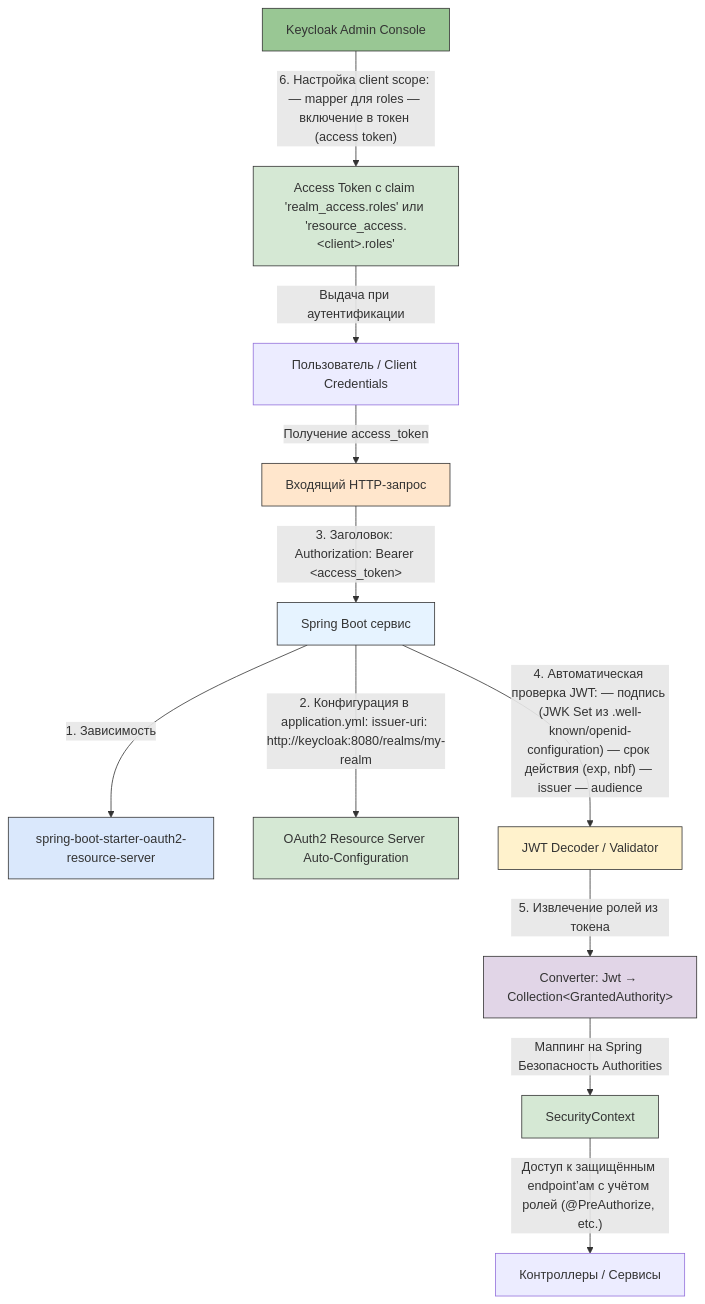
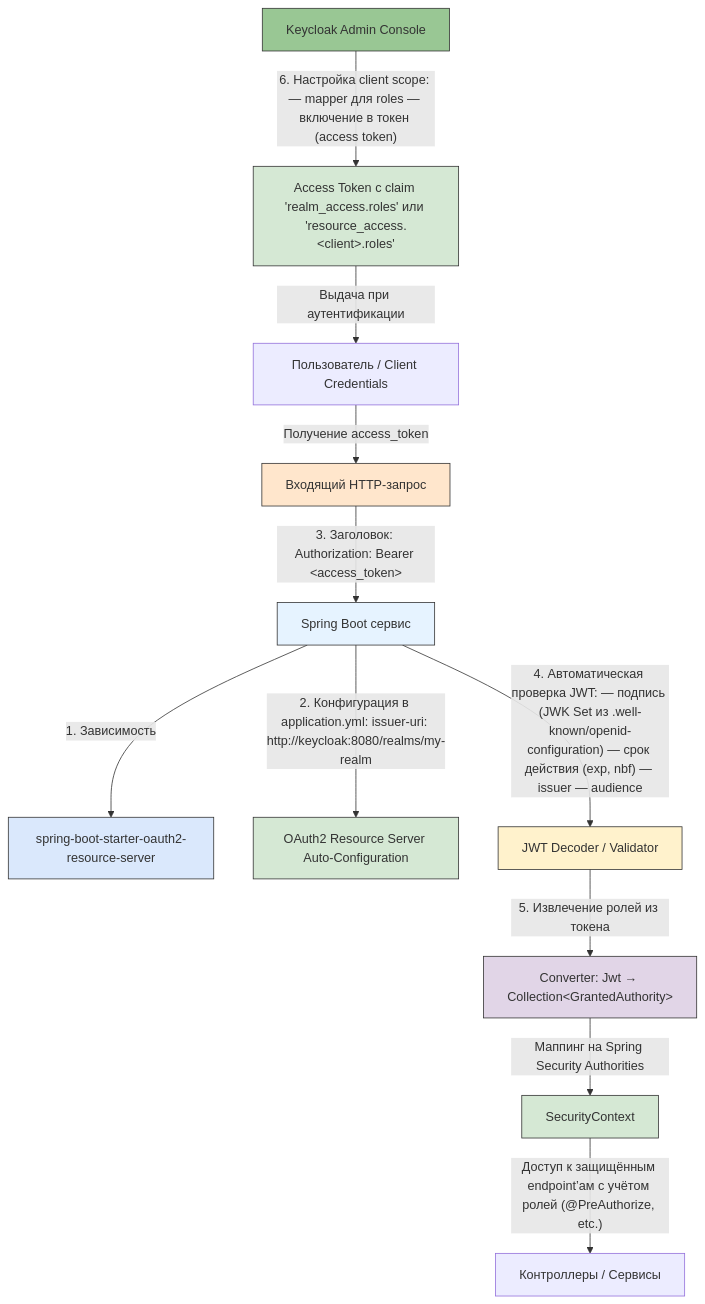
Before and after one commit to Spirzen/it-knowledge-base: the ninth of 12 diagrams in docs/encyclopedia/2-system-network/2-08-osnovy-informatsionnoy-bezopasnosti/111.md, drawn with Mermaid. The commit also changed other lines of this file and 653 other files, not shown here.

````diff
--- a/docs/encyclopedia/2-system-network/2-08-osnovy-informatsionnoy-bezopasnosti/111.md
+++ b/docs/encyclopedia/2-system-network/2-08-osnovy-informatsionnoy-bezopasnosti/111.md
@@ -518,27 +518,27 @@
 ```mermaid
 graph TD
     A[Spring Boot сервис] -->|1. Зависимость| B[spring-boot-starter-oauth2-resource-server]
     A -->|"2. Конфигурация в application.yml: issuer-uri: http://keycloak:8080/realms/my-realm"| C[OAuth2 Resource Server Auto-Configuration]
 
     D[Входящий HTTP-запрос] -->|3. Заголовок: Authorization: Bearer &lt;access_token&gt;| A
     A -->|"4. Автоматическая проверка JWT: — подпись (JWK Set из .well-known/openid-configuration) — срок действия (exp, nbf) — issuer — audience"| E[JWT Decoder / Validator]
 
     F[Keycloak Admin Console] -->|"6. Настройка client scope: — mapper для roles — включение в токен (access token)"| G[Access Token с claim 'realm_access.roles' или 'resource_access.&lt;client&gt;.roles']
 
     G -->|"Выдача при аутентификации"| H[Пользователь / Client Credentials]
     H -->|"Получение access_token"| D
 
     E -->|"5. Извлечение ролей из токена"| I[Converter: Jwt → Collection&lt;GrantedAuthority&gt;]
-    I -->|"Маппинг на Spring Безопасность Authorities"| J[SecurityContext]
+    I -->|"Маппинг на Spring Security Authorities"| J[SecurityContext]
     J -->|"Доступ к защищённым endpoint’ам с учётом ролей (@PreAuthorize, etc.)"| K[Контроллеры / Сервисы]
 
     style A fill:#e6f3ff,stroke:#333
     style B fill:#dae8fc,stroke:#333
     style C fill:#d5e8d4,stroke:#333
     style D fill:#ffe6cc,stroke:#333
     style E fill:#fff2cc,stroke:#333
     style F fill:#99c794,stroke:#333
     style G fill:#d5e8d4,stroke:#333
     style I fill:#e1d5e7,stroke:#333
     style J fill:#d5e8d4,stroke:#333
 ```
````
